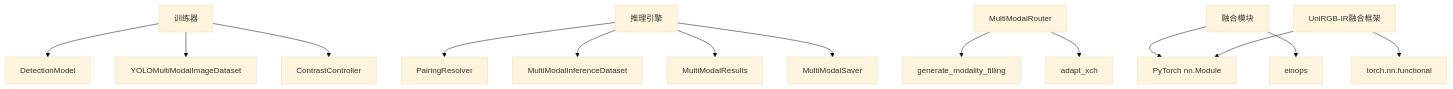
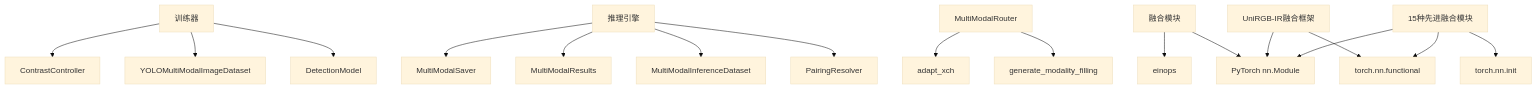
Before and after one commit to 2208754827/MM-IMPROVE: the third of 3 diagrams in .qoder/repowiki/zh/content/特征融合策略/特征融合策略.md, drawn with Mermaid (base theme). The commit also changed other lines of this file and 151 other files, not shown here.

````diff
--- a/.qoder/repowiki/zh/content/特征融合策略/特征融合策略.md
+++ b/.qoder/repowiki/zh/content/特征融合策略/特征融合策略.md
@@ -271,16 +443,19 @@
 ```mermaid
 graph TB
 Train["训练器"] --> DetModel["DetectionModel"]
 Train --> DS["YOLOMultiModalImageDataset"]
 Train --> Contrast["ContrastController"]
 Pred["推理引擎"] --> Pairing["PairingResolver"]
 Pred --> InferenceDS["MultiModalInferenceDataset"]
 Pred --> Results["MultiModalResults"]
 Pred --> Saver["MultiModalSaver"]
 Router["MultiModalRouter"] --> Fill["generate_modality_filling"]
 Router --> Adapt["adapt_xch"]
 Fusion["融合模块"] --> PT["PyTorch nn.Module"]
 Fusion --> Einops["einops"]
 UniRGBIR["UniRGB-IR融合框架"] --> PT
 UniRGBIR --> F["torch.nn.functional"]
+Advanced["15种先进融合模块"] --> PT
+Advanced --> F
+Advanced --> Init["torch.nn.init"]
 ```
````
